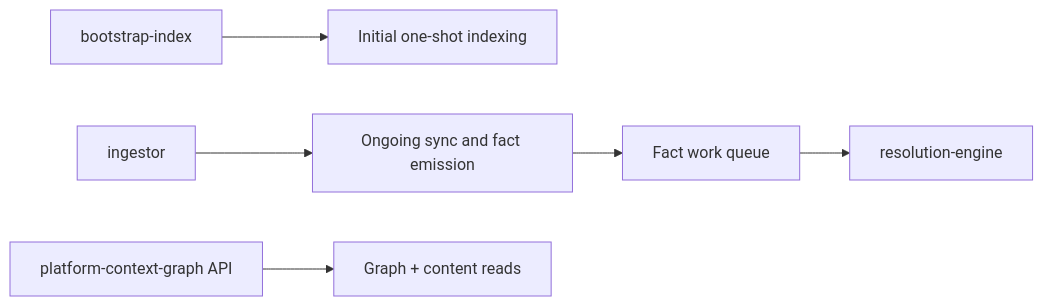
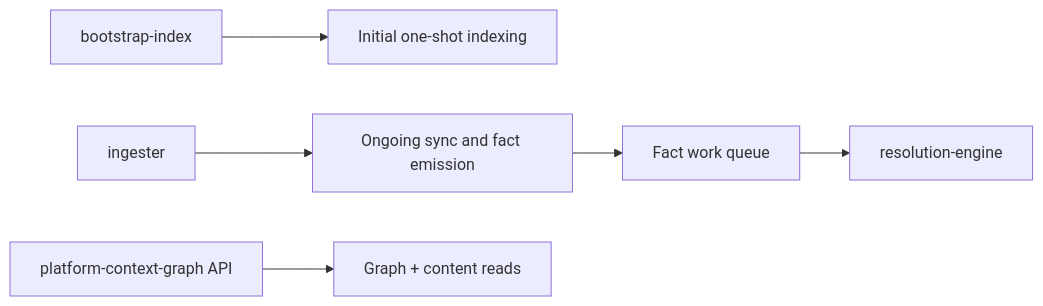
Before and after one commit to platformcontext/platform-context-graph: the second of 2 diagrams in docs/docs/deployment/service-runtimes.md, drawn with Mermaid. The commit also changed other lines of this file and 39 other files, not shown here.

````diff
--- a/docs/docs/deployment/service-runtimes.md
+++ b/docs/docs/deployment/service-runtimes.md
@@ -37,8 +37,8 @@
 ```mermaid
 flowchart LR
   A["bootstrap-index"] --> B["Initial one-shot indexing"]
-  C["ingestor"] --> D["Ongoing sync and fact emission"]
+  C["ingester"] --> D["Ongoing sync and fact emission"]
   D --> E["Fact work queue"]
   E --> F["resolution-engine"]
   G["platform-context-graph API"] --> H["Graph + content reads"]
 ```
````
